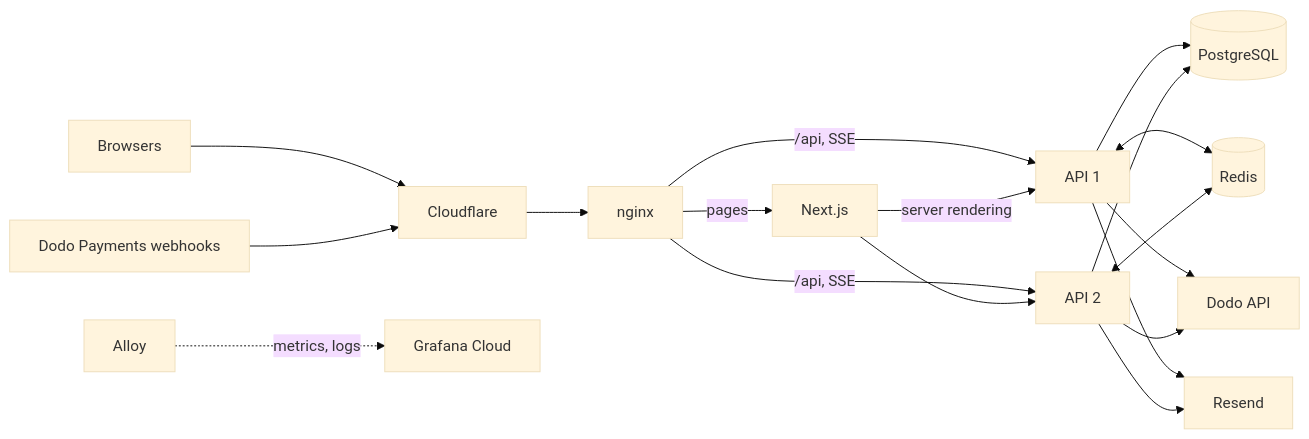
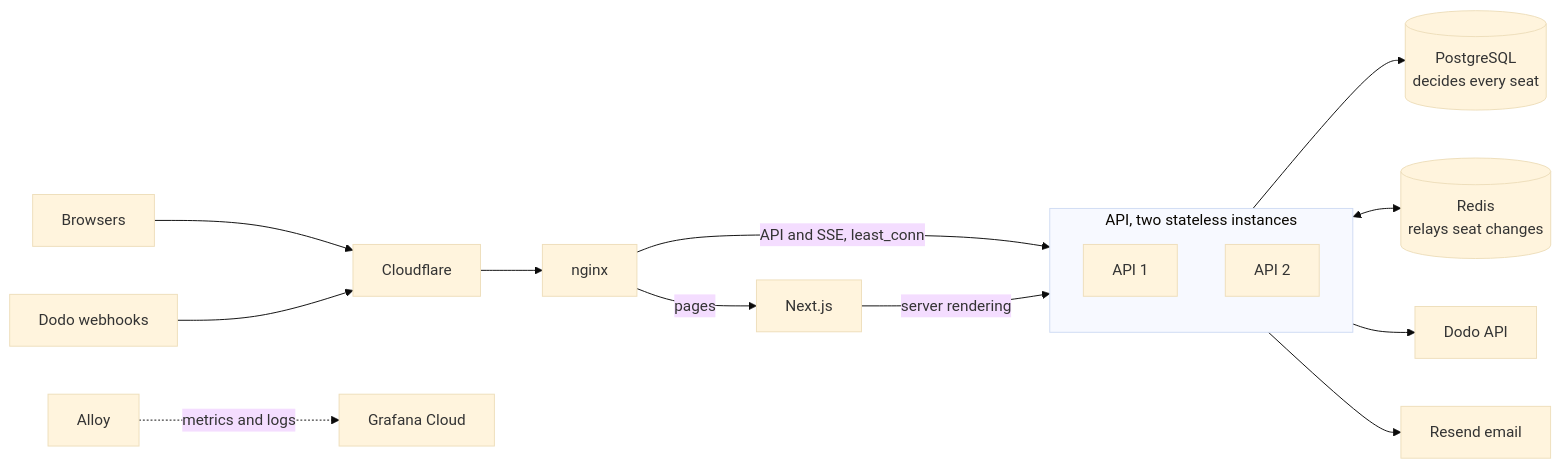
One commit to Navraj86/gatepass changed the first of 3 diagrams in README.md. Above: the diagram before and after it, drawn with Mermaid (base theme). The commit also changed other lines of this file and 6 other files, not shown here.

First line of the commit message:
Rewrite the README around a demo, screenshots and diagrams

````diff
--- a/README.md
+++ b/README.md
@@ -24,16 +60,18 @@
 ```mermaid
 flowchart LR
   B[Browsers] --> CF[Cloudflare]
-  D[Dodo Payments webhooks] --> CF
+  D[Dodo webhooks] --> CF
   CF --> N[nginx]
-  N -- "/api, SSE" --> A1[API 1]
-  N -- "/api, SSE" --> A2[API 2]
   N -- pages --> W[Next.js]
-  W -- server rendering --> A1
-  W --> A2
-  A1 & A2 --> PG[(PostgreSQL)]
-  A1 & A2 <--> R[(Redis)]
-  A1 & A2 --> DP[Dodo API]
-  A1 & A2 --> E[Resend]
-  AL[Alloy] -. metrics, logs .-> GC[Grafana Cloud]
+  N -- "API and SSE, least_conn" --> API
+  W -- server rendering --> API
+  subgraph API ["API, two stateless instances"]
+    A1[API 1]
+    A2[API 2]
+  end
+  API --> PG[("PostgreSQL<br/>decides every seat")]
+  API <--> R[("Redis<br/>relays seat changes")]
+  API --> DP[Dodo API]
+  API --> E[Resend email]
+  AL[Alloy] -. metrics and logs .-> GC[Grafana Cloud]
 ```
````
